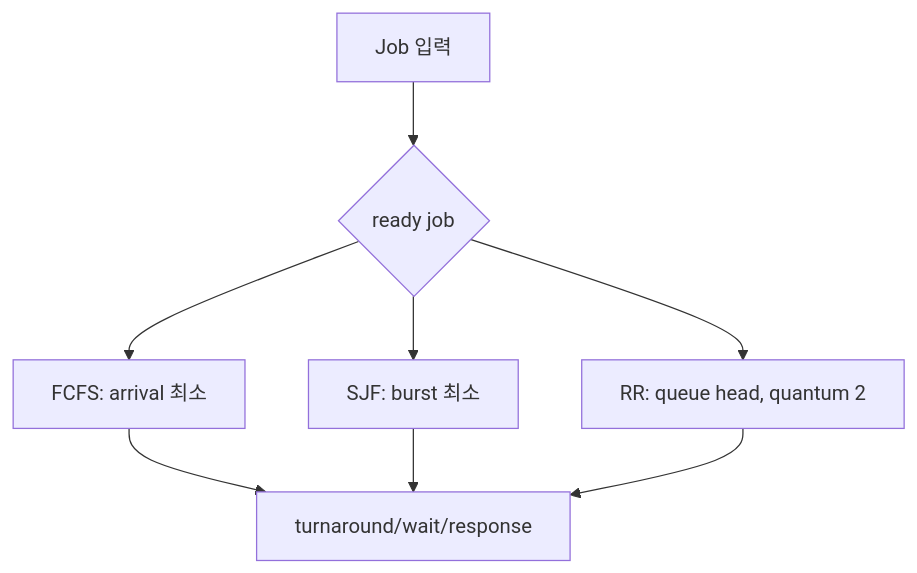
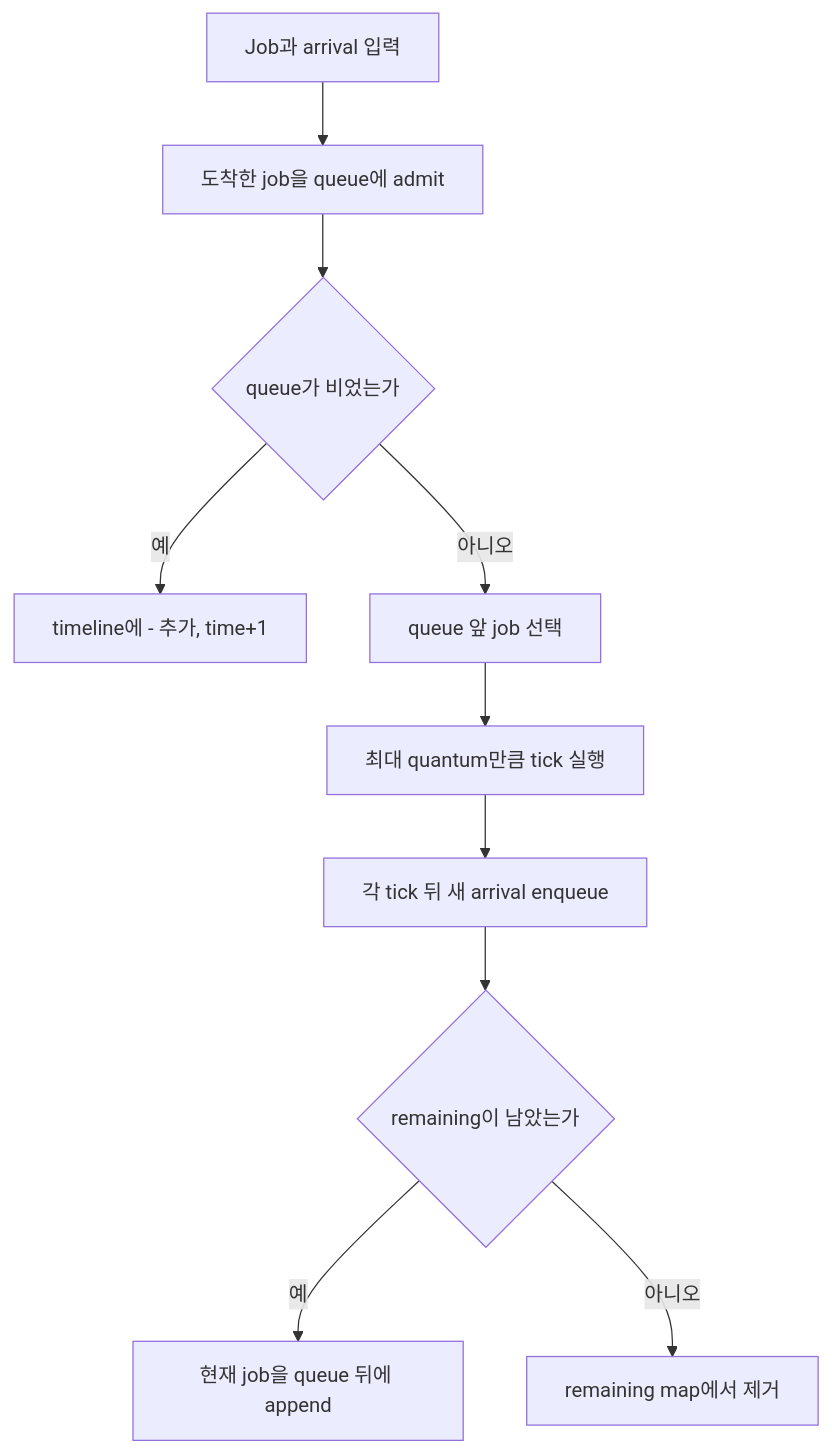
Before and after one commit to mj006648/netai-devsecops-runbook: the first of 2 diagrams in learning/operating-systems/12-local-model-labs.md, drawn with Mermaid. The commit also changed other lines of this file and 55 other files, not shown here.

````diff
--- a/learning/operating-systems/12-local-model-labs.md
+++ b/learning/operating-systems/12-local-model-labs.md
@@ -56,10 +173,12 @@
 ```mermaid
 flowchart TD
-    I[Job 입력] --> R{ready job}
-    R --> F[FCFS: arrival 최소]
-    R --> S[SJF: burst 최소]
-    R --> Q[RR: queue head, quantum 2]
-    F --> M[turnaround/wait/response]
-    S --> M
-    Q --> M
+    I[Job과 arrival 입력] --> A[도착한 job을 queue에 admit]
+    A --> E{queue가 비었는가}
+    E -->|예| IDLE[timeline에 - 추가, time+1]
+    E -->|아니오| POP[queue 앞 job 선택]
+    POP --> RUN[최대 quantum만큼 tick 실행]
+    RUN --> NEW[각 tick 뒤 새 arrival enqueue]
+    NEW --> REM{remaining이 남았는가}
+    REM -->|예| BACK[현재 job을 queue 뒤에 append]
+    REM -->|아니오| DONE[remaining map에서 제거]
 ```
````
